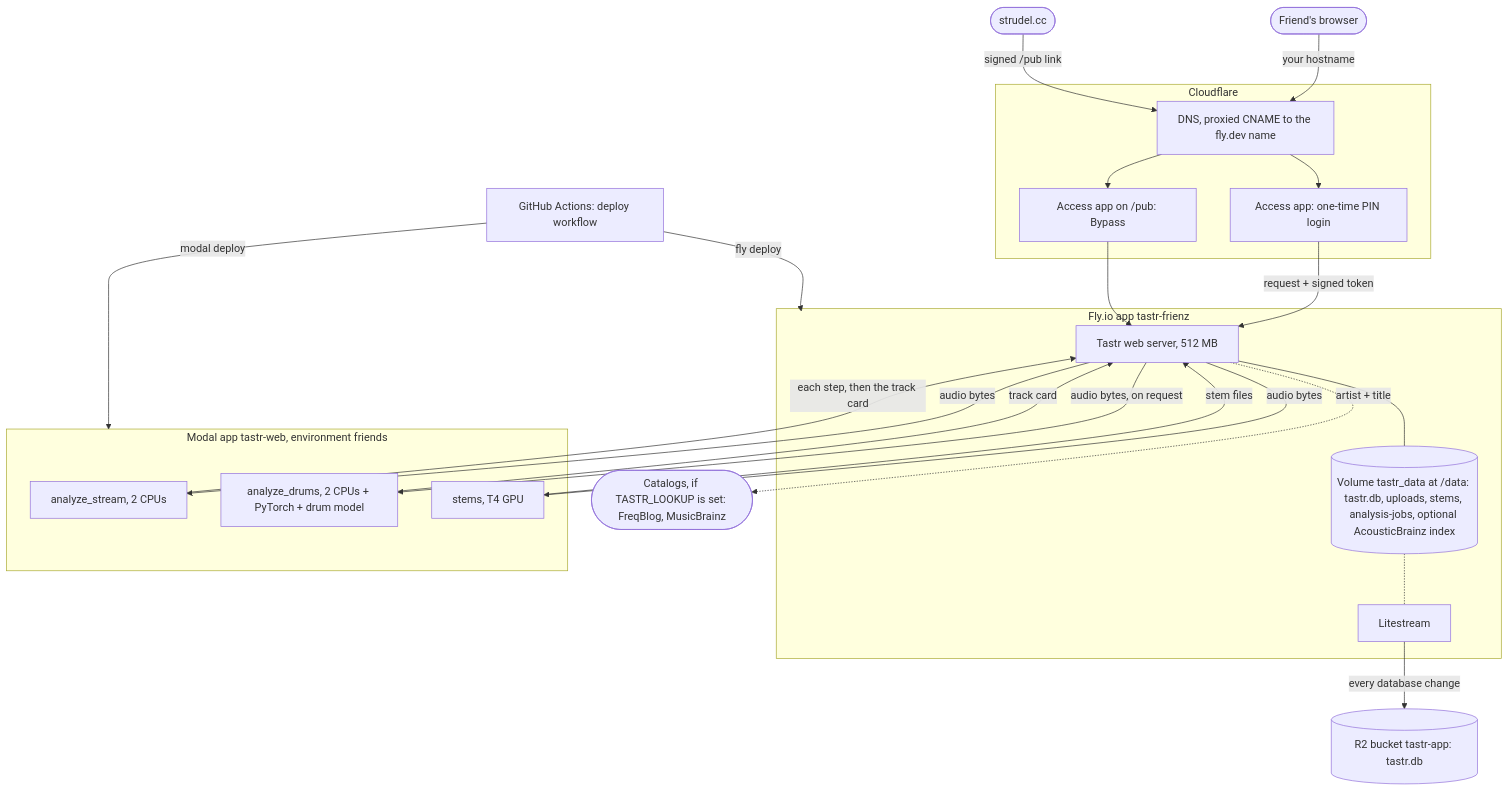
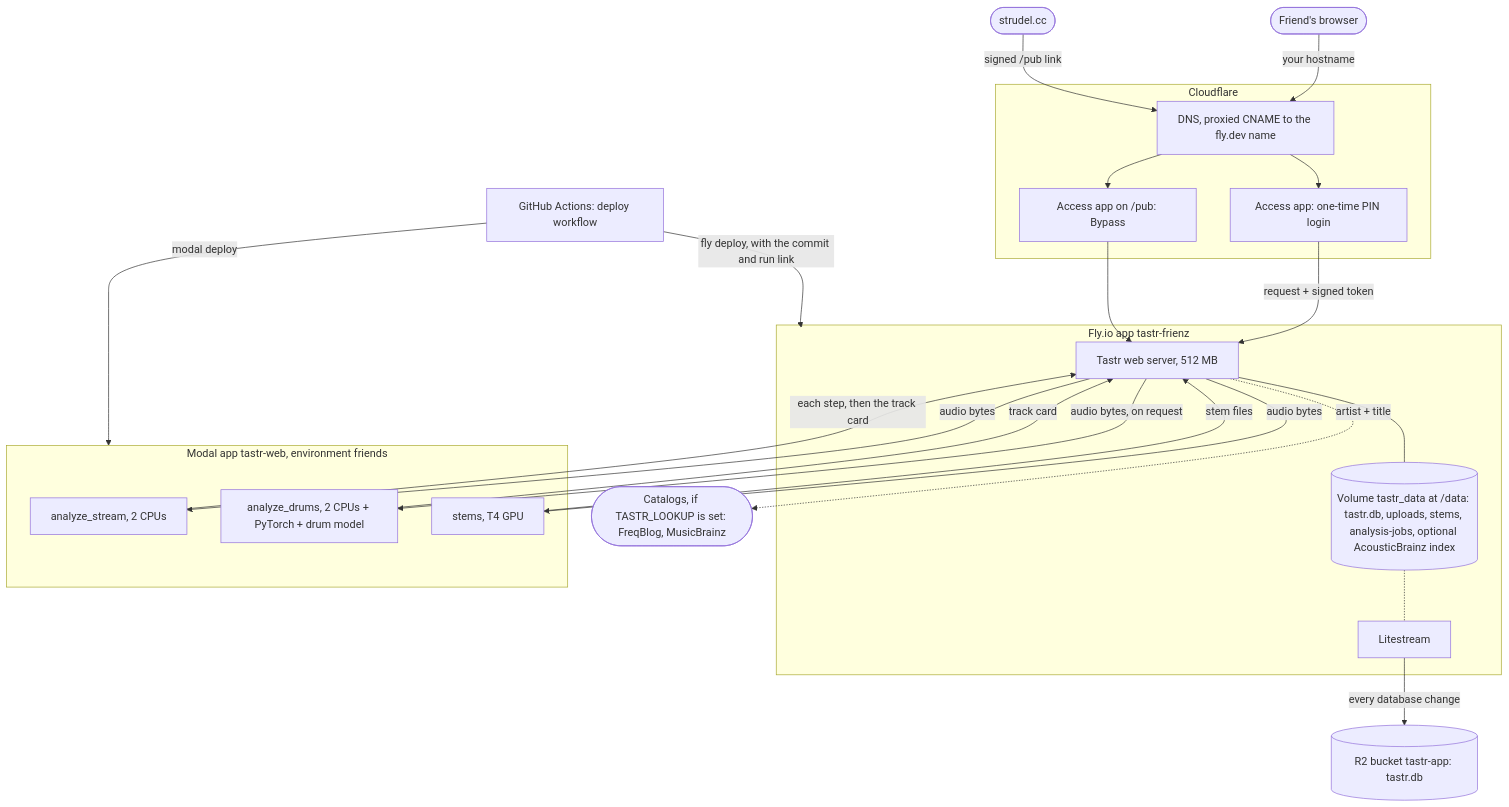
One commit to pocketIlmatto/tastr changed the first of 2 diagrams in docs/hosting-map.md. Above: the diagram before and after it, drawn with Mermaid. The commit also changed other lines of this file and 9 other files, not shown here.

First line of the commit message:
Admin log: a line for each deploy, naming the commit and linking its GitHub Actions run (#38)

````diff
--- a/docs/hosting-map.md
+++ b/docs/hosting-map.md
@@ -25,35 +25,35 @@
 ```mermaid
 flowchart TB
   F([Friend's browser])
   S([strudel.cc])
   subgraph CF[Cloudflare]
     DNS[DNS, proxied CNAME to the fly.dev name]
     ACC[Access app: one-time PIN login]
     BYP[Access app on /pub: Bypass]
   end
   subgraph FLY[Fly.io app tastr-frienz]
     WEB[Tastr web server, 512 MB]
     VOL[(Volume tastr_data at /data: tastr.db, uploads, stems, analysis-jobs, optional AcousticBrainz index)]
     LS[Litestream]
   end
   subgraph MOD[Modal app tastr-web, environment friends]
     AN[analyze_stream, 2 CPUs]
     AD[analyze_drums, 2 CPUs + PyTorch + drum model]
     ST[stems, T4 GPU]
   end
   R2[(R2 bucket tastr-app: tastr.db)]
   GH[GitHub Actions: deploy workflow]
   CAT([Catalogs, if TASTR_LOOKUP is set: FreqBlog, MusicBrainz])
 
   F -->|your hostname| DNS --> ACC -->|request + signed token| WEB
   S -->|signed /pub link| DNS --> BYP --> WEB
   WEB --- VOL
   VOL -.- LS
   LS -->|every database change| R2
   WEB -->|audio bytes| AN -->|each step, then the track card| WEB
   WEB -->|audio bytes, on request| AD -->|track card| WEB
   WEB -->|audio bytes| ST -->|stem files| WEB
   WEB -.->|artist + title| CAT
   GH -->|modal deploy| MOD
-  GH -->|fly deploy| FLY
+  GH -->|fly deploy, with the commit and run link| FLY
 ```
````
